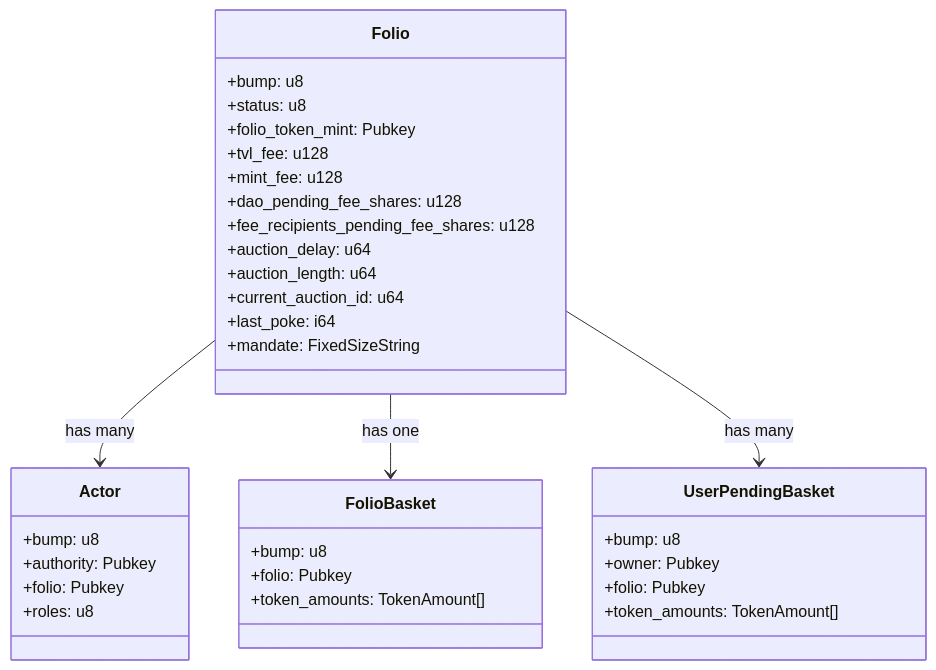
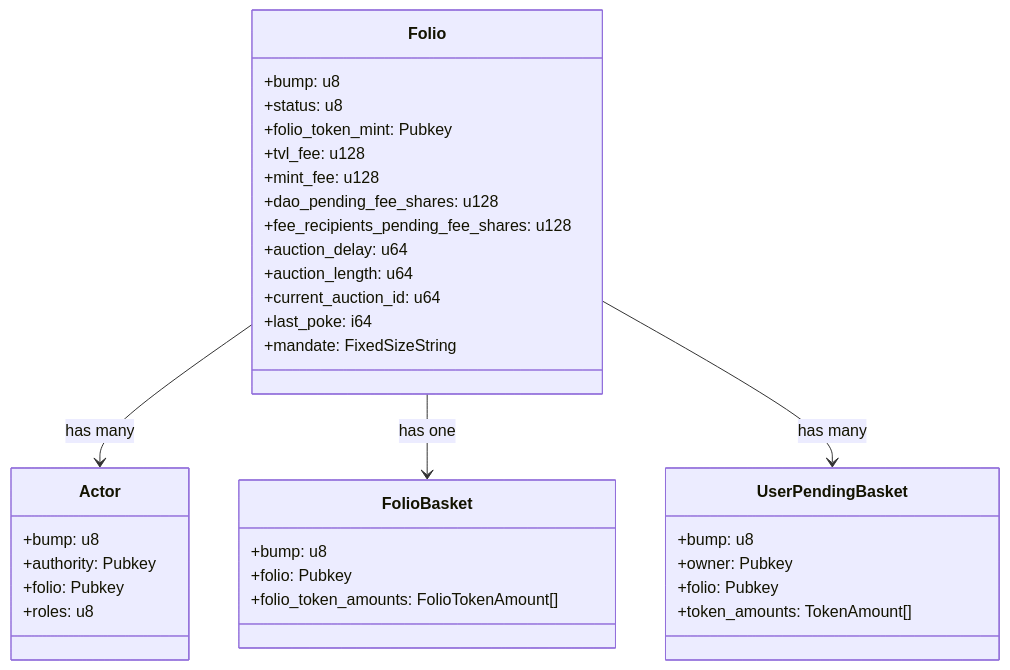
The first of 5 diagrams in README.md (reserve-protocol/reserve-index-dtfs-solana), drawn with Mermaid before and after one commit. The commit also changed 25 other files, not shown here.

First line of the commit message:
fix: folio basket token to store amount in folio instead of minting amount and redeeming amount (#54)

````diff
--- a/README.md
+++ b/README.md
@@ -401,41 +401,41 @@
 ```mermaid
 classDiagram
     class Folio {
         +bump: u8
         +status: u8
         +folio_token_mint: Pubkey
         +tvl_fee: u128
         +mint_fee: u128
         +dao_pending_fee_shares: u128
         +fee_recipients_pending_fee_shares: u128
         +auction_delay: u64
         +auction_length: u64
         +current_auction_id: u64
         +last_poke: i64
         +mandate: FixedSizeString
     }
 
     class Actor {
         +bump: u8
         +authority: Pubkey
         +folio: Pubkey
         +roles: u8
     }
 
     class FolioBasket {
         +bump: u8
         +folio: Pubkey
-        +token_amounts: TokenAmount[]
+        +folio_token_amounts: FolioTokenAmount[]
     }
 
     class UserPendingBasket {
         +bump: u8
         +owner: Pubkey
         +folio: Pubkey
         +token_amounts: TokenAmount[]
     }
 
     Folio --> Actor: has many
     Folio --> FolioBasket: has one
     Folio --> UserPendingBasket: has many
 ```
````
